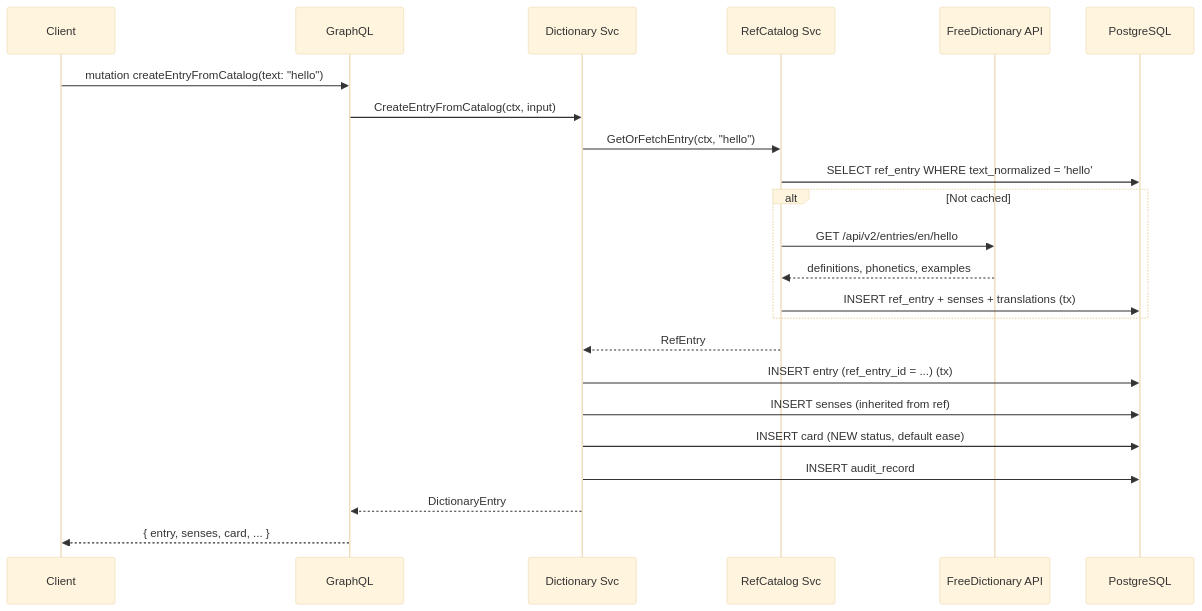
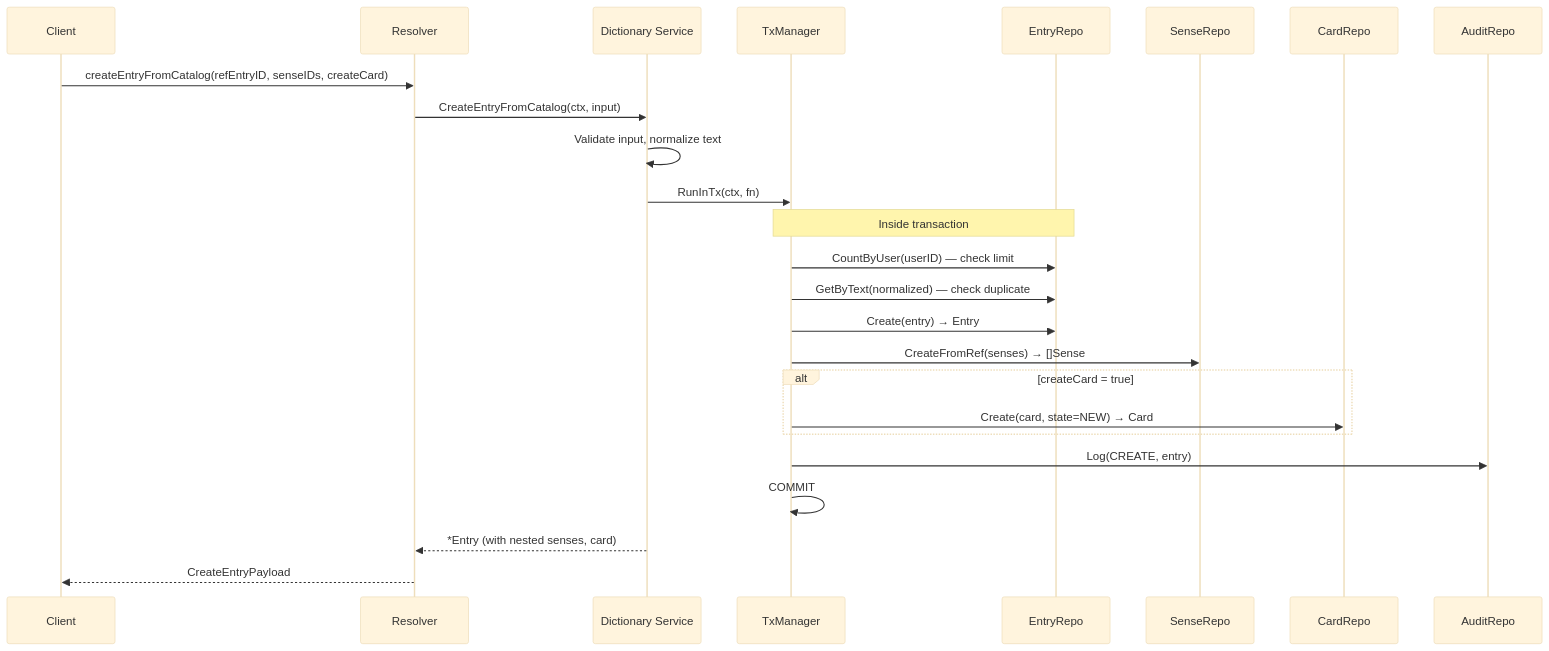
The second of 5 diagrams in backend_v4/docs/DATA_FLOW.md (heartmarshall/genius-disctionary-backend), drawn with Mermaid (base theme) before and after one commit. The commit also changed other lines of this file and 26 other files, not shown here.

````diff
--- a/backend_v4/docs/DATA_FLOW.md
+++ b/backend_v4/docs/DATA_FLOW.md
@@ -19,26 +37,31 @@
 ```mermaid
 sequenceDiagram
     participant C as Client
-    participant GQL as GraphQL
-    participant Dict as Dictionary Svc
-    participant RefCat as RefCatalog Svc
-    participant FD as FreeDictionary API
-    participant DB as PostgreSQL
+    participant GQL as Resolver
+    participant Dict as Dictionary Service
+    participant TX as TxManager
+    participant ER as EntryRepo
+    participant SR as SenseRepo
+    participant CR as CardRepo
+    participant AR as AuditRepo
 
-    C->>GQL: mutation createEntryFromCatalog(text: "hello")
+    C->>GQL: createEntryFromCatalog(refEntryID, senseIDs, createCard)
     GQL->>Dict: CreateEntryFromCatalog(ctx, input)
-    Dict->>RefCat: GetOrFetchEntry(ctx, "hello")
-    RefCat->>DB: SELECT ref_entry WHERE text_normalized = 'hello'
-    alt Not cached
-        RefCat->>FD: GET /api/v2/entries/en/hello
-        FD-->>RefCat: definitions, phonetics, examples
-        RefCat->>DB: INSERT ref_entry + senses + translations (tx)
+
+    Dict->>Dict: Validate input, normalize text
+    Dict->>TX: RunInTx(ctx, fn)
+
+    Note over TX,ER: Inside transaction
+    TX->>ER: CountByUser(userID) — check limit
+    TX->>ER: GetByText(normalized) — check duplicate
+    TX->>ER: Create(entry) → Entry
+    TX->>SR: CreateFromRef(senses) → []Sense
+    alt createCard = true
+        TX->>CR: Create(card, state=NEW) → Card
     end
-    RefCat-->>Dict: RefEntry
-    Dict->>DB: INSERT entry (ref_entry_id = ...) (tx)
-    Dict->>DB: INSERT senses (inherited from ref)
-    Dict->>DB: INSERT card (NEW status, default ease)
-    Dict->>DB: INSERT audit_record
-    Dict-->>GQL: DictionaryEntry
-    GQL-->>C: { entry, senses, card, ... }
+    TX->>AR: Log(CREATE, entry)
+    TX->>TX: COMMIT
+
+    Dict-->>GQL: *Entry (with nested senses, card)
+    GQL-->>C: CreateEntryPayload
 ```
````
